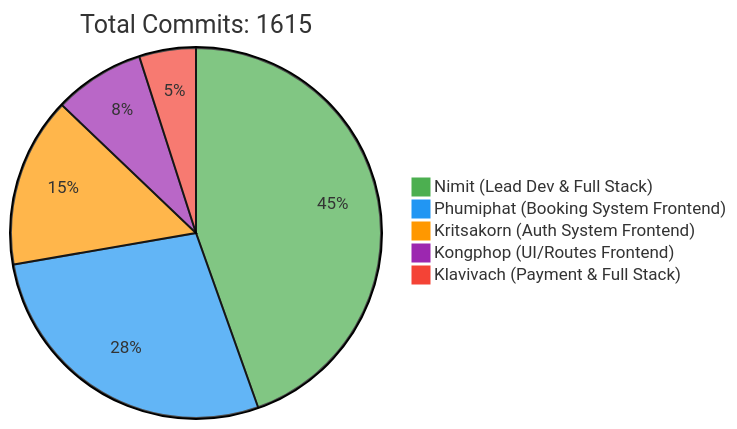
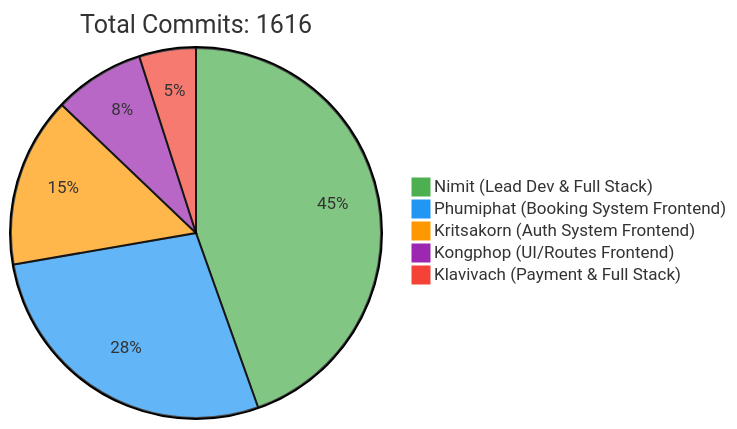
One commit to 6531503042/Sport-Complex changed the first of 2 diagrams in README.md. Above: the diagram before and after it, drawn with Mermaid. The commit also changed other lines of this file, not shown here.

Commit message:
docs: Update contributor statistics [skip ci]

````diff
--- a/README.md
+++ b/README.md
@@ -257,10 +257,10 @@
 ```mermaid
 %%{init: {'theme': 'base', 'themeVariables': { 'pie1': '#4CAF50', 'pie2': '#2196F3', 'pie3': '#FF9800', 'pie4': '#9C27B0', 'pie5': '#F44336'}}}%%
 pie
-    title Total Commits: 1615
+    title Total Commits: 1616
     "Nimit (Lead Dev & Full Stack)" : 450
     "Phumiphat (Booking System Frontend)" : 280
     "Kritsakorn (Auth System Frontend)" : 150
     "Kongphop (UI/Routes Frontend)" : 80
     "Klavivach (Payment & Full Stack)" : 50
 ```
````
